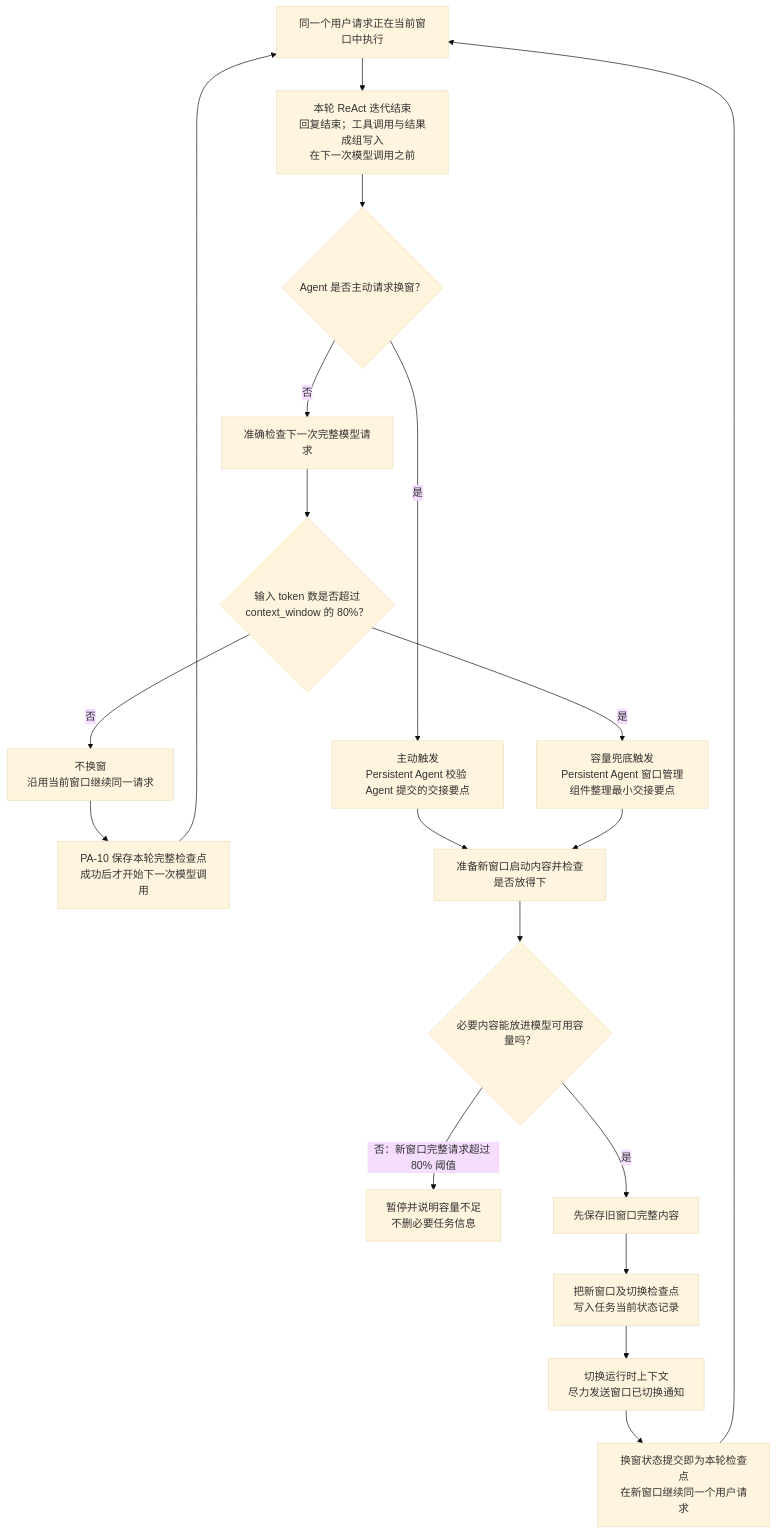
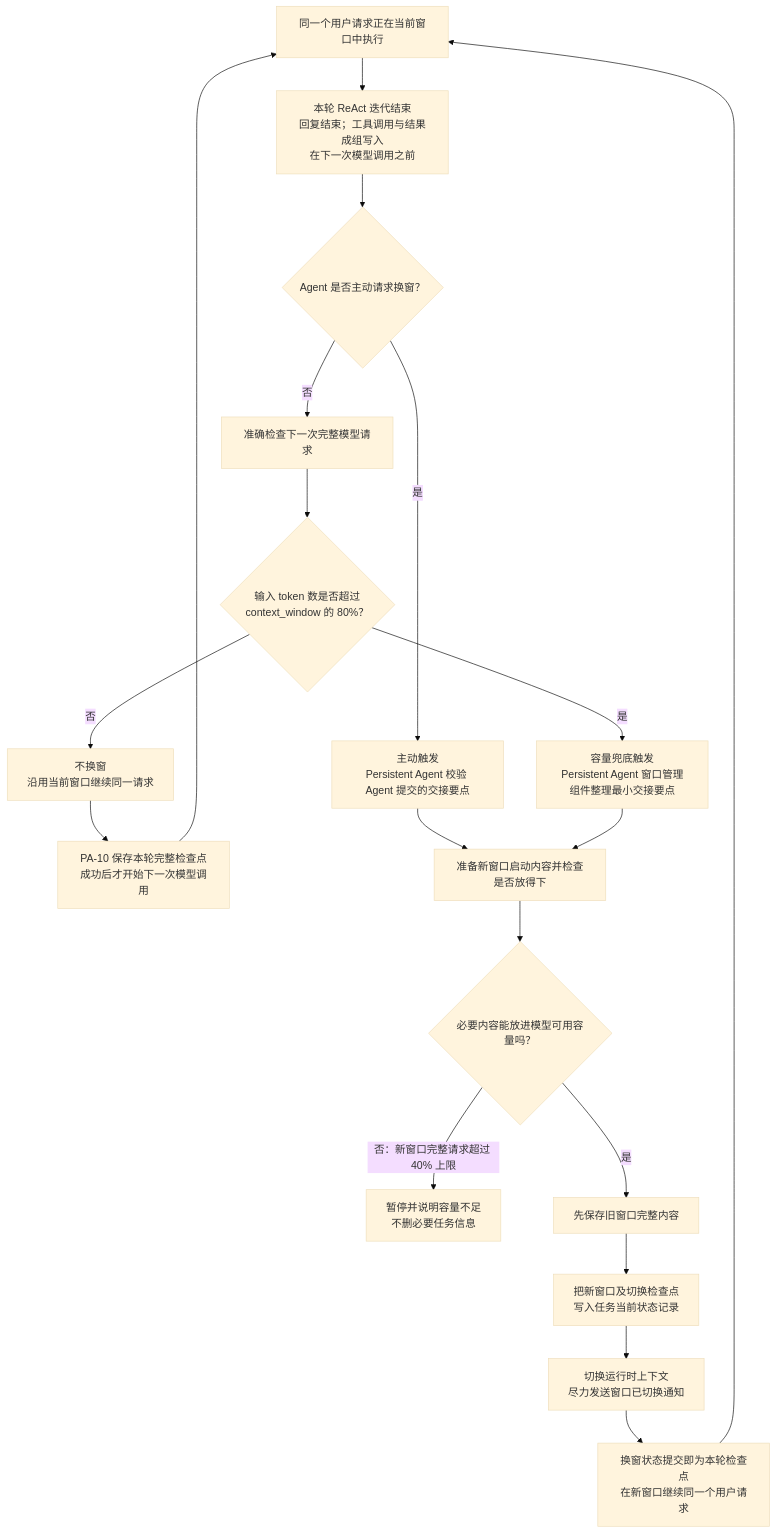
One commit to openJiuwen-ai/agent-core changed the first of 3 diagrams in openjiuwen/harness/persistent_agent/docs/features/F_11_window-management.md. Above: the diagram before and after it, drawn with Mermaid (base theme). The commit also changed other lines of this file and 13 other files, not shown here.

````diff
--- a/openjiuwen/harness/persistent_agent/docs/features/F_11_window-management.md
+++ b/openjiuwen/harness/persistent_agent/docs/features/F_11_window-management.md
@@ -63,21 +63,21 @@
 ```mermaid
 flowchart TD
     A["同一个用户请求正在当前窗口中执行"] --> B["本轮 ReAct 迭代结束<br/>回复结束；工具调用与结果成组写入<br/>在下一次模型调用之前"]
     B --> C{"Agent 是否主动请求换窗？"}
     C -- 是 --> D["主动触发<br/>Persistent Agent 校验 Agent 提交的交接要点"]
     C -- 否 --> E["准确检查下一次完整模型请求"]
     E --> F{"输入 token 数是否超过<br/>context_window 的 80%？"}
     F -- 否 --> G["不换窗<br/>沿用当前窗口继续同一请求"]
     G --> G1["PA-10 保存本轮完整检查点<br/>成功后才开始下一次模型调用"]
     G1 --> A
     F -- 是 --> H["容量兜底触发<br/>Persistent Agent 窗口管理组件整理最小交接要点"]
     D --> I["准备新窗口启动内容并检查是否放得下"]
     H --> I
     I --> J{"必要内容能放进模型可用容量吗？"}
-    J -- 否：新窗口完整请求超过 80% 阈值 --> X["暂停并说明容量不足<br/>不删必要任务信息"]
+    J -- 否：新窗口完整请求超过 40% 上限 --> X["暂停并说明容量不足<br/>不删必要任务信息"]
     J -- 是 --> K["先保存旧窗口完整内容"]
     K --> L["把新窗口及切换检查点<br/>写入任务当前状态记录"]
     L --> M["切换运行时上下文<br/>尽力发送窗口已切换通知"]
     M --> N["换窗状态提交即为本轮检查点<br/>在新窗口继续同一个用户请求"]
     N --> A
 ```
````
